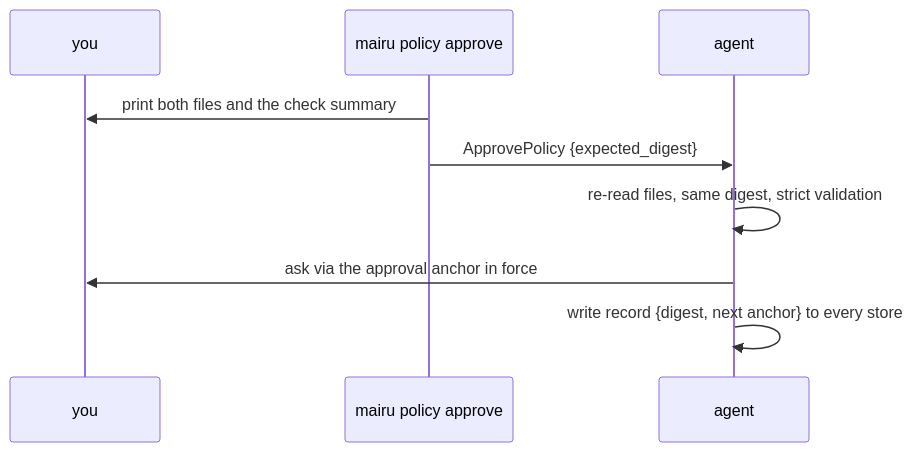
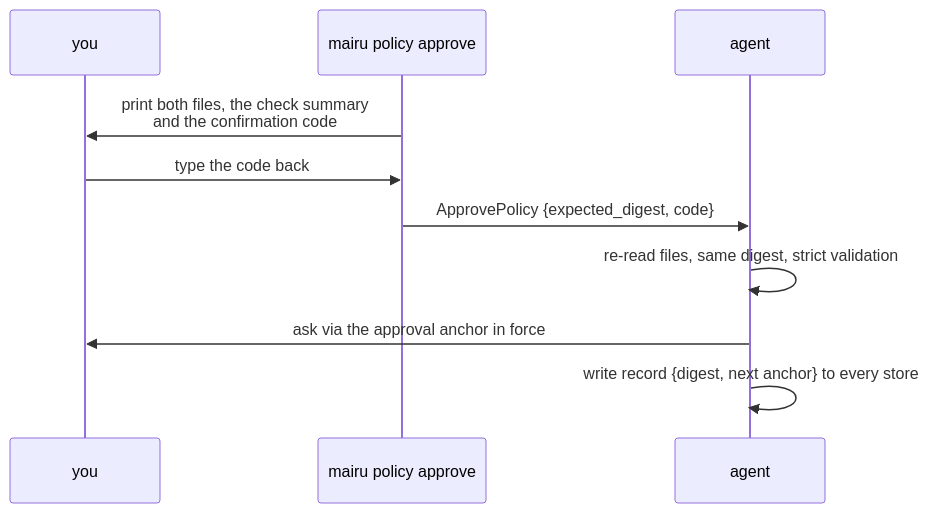
One commit to sorah/mairu changed the third of 3 diagrams in docs/specs/012-policy-approval.md. Above: the diagram before and after it, drawn with Mermaid. The commit also changed other lines of this file and 14 other files, not shown here.

````diff
--- a/docs/specs/012-policy-approval.md
+++ b/docs/specs/012-policy-approval.md
@@ -137,11 +138,12 @@
 ```mermaid
 sequenceDiagram
   participant U as you
   participant C as mairu policy approve
   participant A as agent
-  C->>U: print both files and the check summary
-  C->>A: ApprovePolicy {expected_digest}
+  C->>U: print both files, the check summary<br/>and the confirmation code
+  U->>C: type the code back
+  C->>A: ApprovePolicy {expected_digest, code}
   A->>A: re-read files, same digest, strict validation
   A->>U: ask via the approval anchor in force
   A->>A: write record {digest, next anchor} to every store
 ```
````
